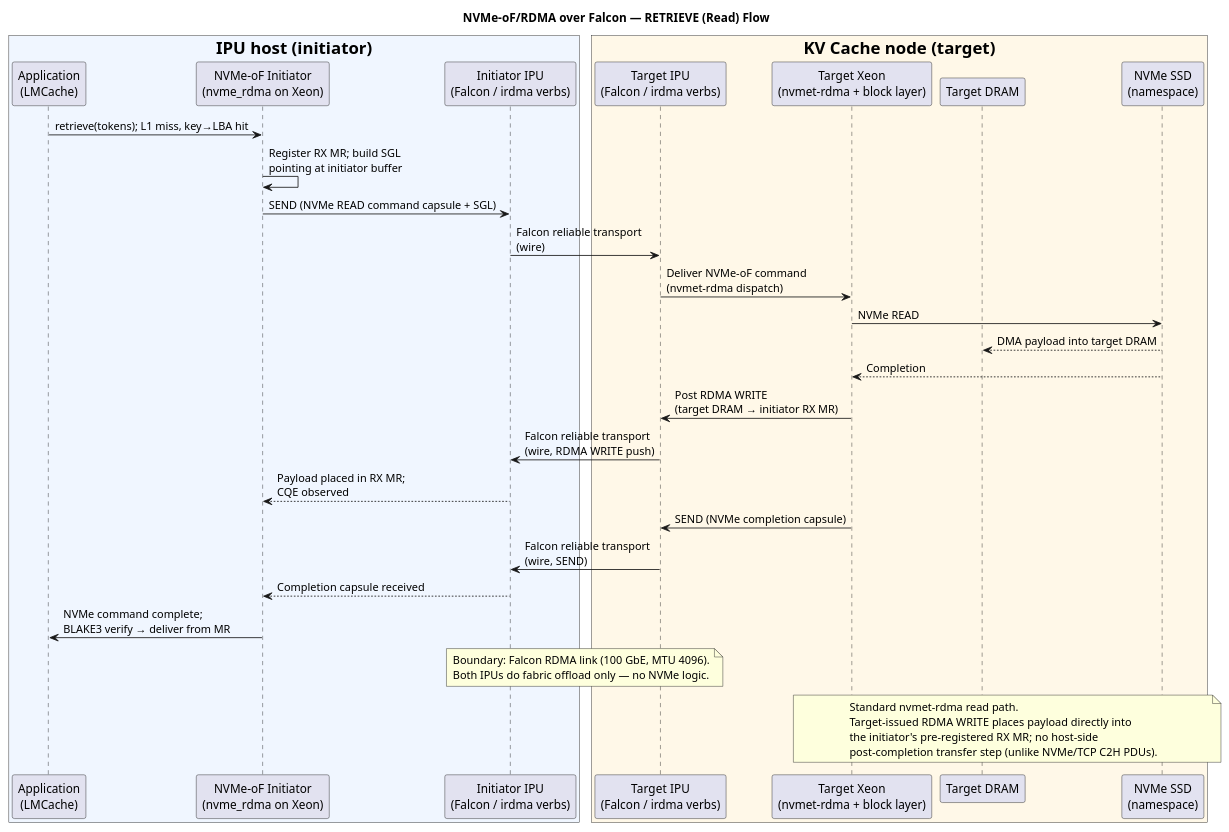
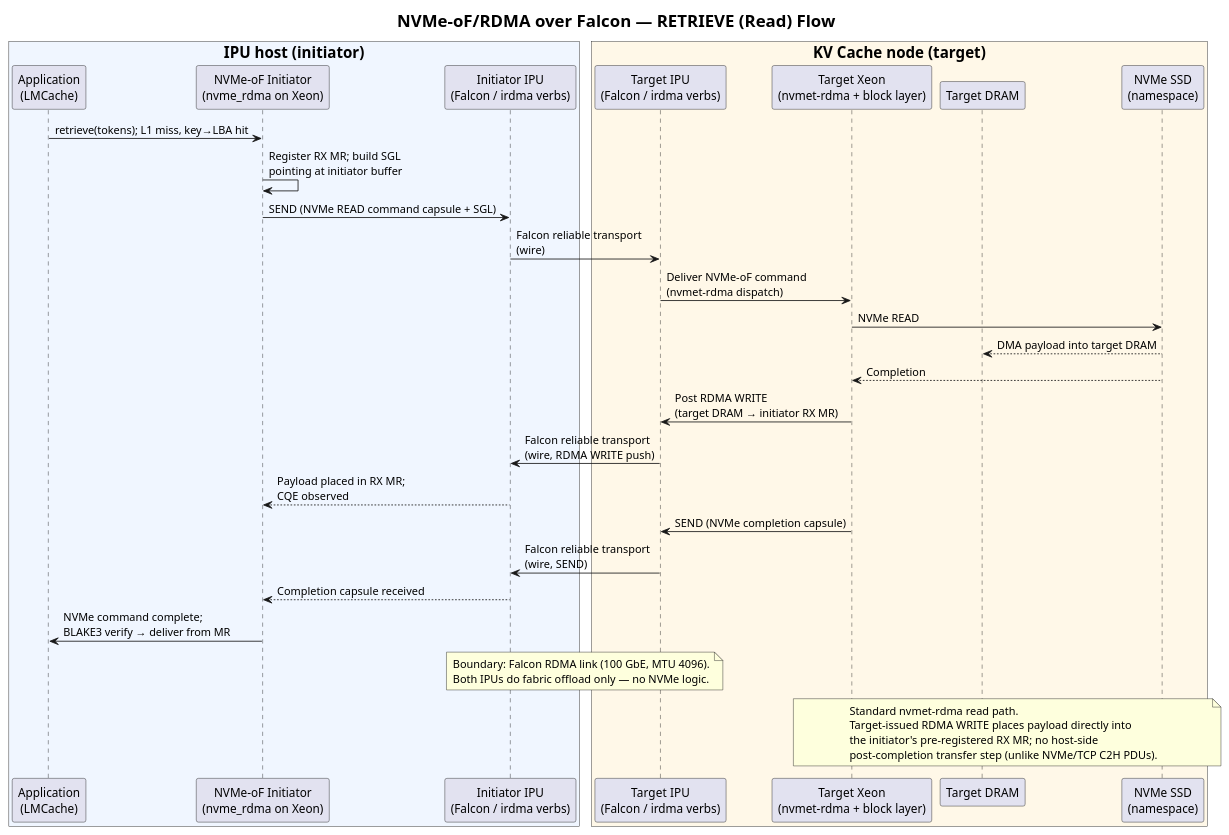
Before and after one commit to tsg-/LMCache: the diagram in docs/design/v1/platform/ipu-poc/diagrams/architecture-a-nvmeof-falcon-retrieve-flow.puml, drawn with PlantUML. The commit also changed 3 other files, not shown here.

First line of the commit message:
docs(alt): rebalance Falcon flow diagram font hierarchy

```diff
--- a/docs/design/v1/platform/ipu-poc/diagrams/architecture-a-nvmeof-falcon-retrieve-flow.puml
+++ b/docs/design/v1/platform/ipu-poc/diagrams/architecture-a-nvmeof-falcon-retrieve-flow.puml
@@ -1,50 +1,51 @@
 @startuml
+skinparam TitleFontSize 20
 title NVMe-oF/RDMA over Falcon — RETRIEVE (Read) Flow
 
 ' ─── IPU HOST (initiator side) ──────────────────────────────────
-box "<size:20><b>IPU host (initiator)</b></size>" #F0F6FF
+box "<size:18><b>IPU host (initiator)</b></size>" #F0F6FF
 participant "Application\n(LMCache)" as APP
 participant "NVMe-oF Initiator\n(nvme_rdma on Xeon)" as INIT
 participant "Initiator IPU\n(Falcon / irdma verbs)" as IFAL
 end box
 
 ' ─── KV Cache node (target side) ────────────────────────────────
-box "<size:20><b>KV Cache node (target)</b></size>" #FFF8E8
+box "<size:18><b>KV Cache node (target)</b></size>" #FFF8E8
 participant "Target IPU\n(Falcon / irdma verbs)" as TFAL
 participant "Target Xeon\n(nvmet-rdma + block layer)" as CPU
 participant "Target DRAM" as TDDR
 participant "NVMe SSD\n(namespace)" as SSD
 end box
 
 APP -> INIT: retrieve(tokens); L1 miss, key→LBA hit
 INIT -> INIT: Register RX MR; build SGL\npointing at initiator buffer
 INIT -> IFAL: SEND (NVMe READ command capsule + SGL)
 IFAL -> TFAL: Falcon reliable transport\n(wire)
 TFAL -> CPU: Deliver NVMe-oF command\n(nvmet-rdma dispatch)
 
 CPU -> SSD: NVMe READ
 SSD --> TDDR: DMA payload into target DRAM
 SSD --> CPU: Completion
 
 CPU -> TFAL: Post RDMA WRITE\n(target DRAM → initiator RX MR)
 TFAL -> IFAL: Falcon reliable transport\n(wire, RDMA WRITE push)
 IFAL --> INIT: Payload placed in RX MR;\nCQE observed
 
 CPU -> TFAL: SEND (NVMe completion capsule)
 TFAL -> IFAL: Falcon reliable transport\n(wire, SEND)
 IFAL --> INIT: Completion capsule received
 
 INIT -> APP: NVMe command complete;\nBLAKE3 verify → deliver from MR
 
 note over IFAL, TFAL
   Boundary: Falcon RDMA link (100 GbE, MTU 4096).
   Both IPUs do fabric offload only — no NVMe logic.
 end note
 
 note over CPU, SSD
   Standard nvmet-rdma read path.
   Target-issued RDMA WRITE places payload directly into
   the initiator's pre-registered RX MR; no host-side
   post-completion transfer step (unlike NVMe/TCP C2H PDUs).
 end note
 @enduml
```
